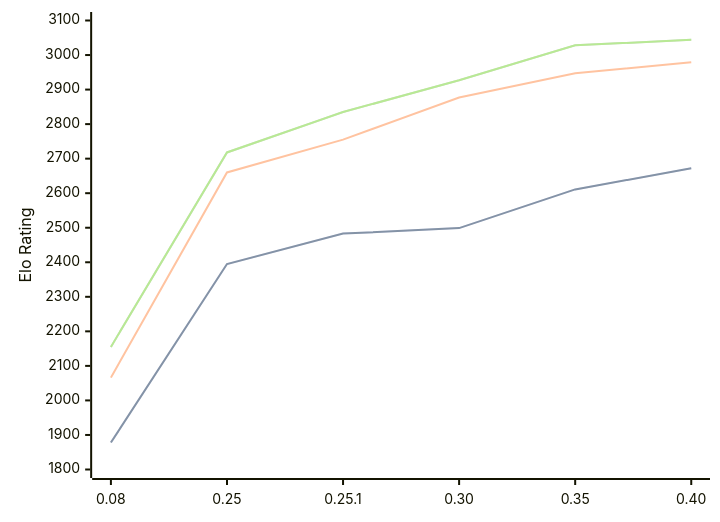
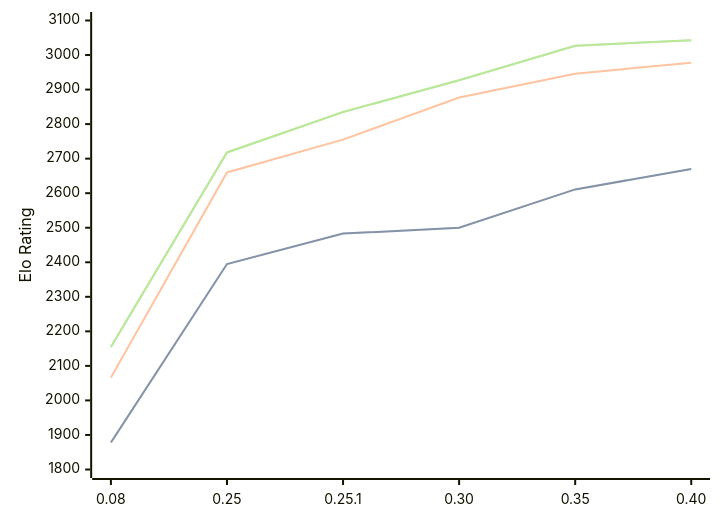
The diagram in engines/Gecko.md (computer-chess-index/cci), drawn with Mermaid before and after one commit. The commit also changed other lines of this file, not shown here.

Commit message:
Update CCI Ratings (ELO VLTC) - 2026-09-01

````diff
--- a/engines/Gecko.md
+++ b/engines/Gecko.md
@@ -36,11 +36,11 @@
 ```mermaid
 %%{init: {"theme":"base","themeVariables":{"seriesColors:['#a3a3a3','#222221','#faa371']}}}%%
 xychart-beta
   x-axis ["0.08", "0.25", "0.25.1", "0.30", "0.35", "0.40"]
   y-axis "Elo Rating" 1800 --> 3100
-  line "" [1878, 2395, 2483, 2499, 2611, 2672]
-  line "STC (8.0+0.08s)" [1878, 2395, 2483, 2499, 2611, 2672]
-  line "LTC (60.0+0.60s)" [2066, 2660, 2755, 2877, 2947, 2979]
-  line "" [2155, 2718, 2835, 2927, 3028, 3044]
-  line "VLTC (2m24s+1.12s)" [2155, 2718, 2835, 2927, 3028, 3044]
+  line "" [1878, 2395, 2483, 2500, 2611, 2670]
+  line "STC (8.0+0.08s)" [1878, 2395, 2483, 2500, 2611, 2670]
+  line "LTC (60.0+0.60s)" [2066, 2660, 2755, 2877, 2946, 2978]
+  line "" [2155, 2718, 2835, 2927, 3027, 3043]
+  line "VLTC (2m24s+1.12s)" [2155, 2718, 2835, 2927, 3027, 3043]
 ```
````
